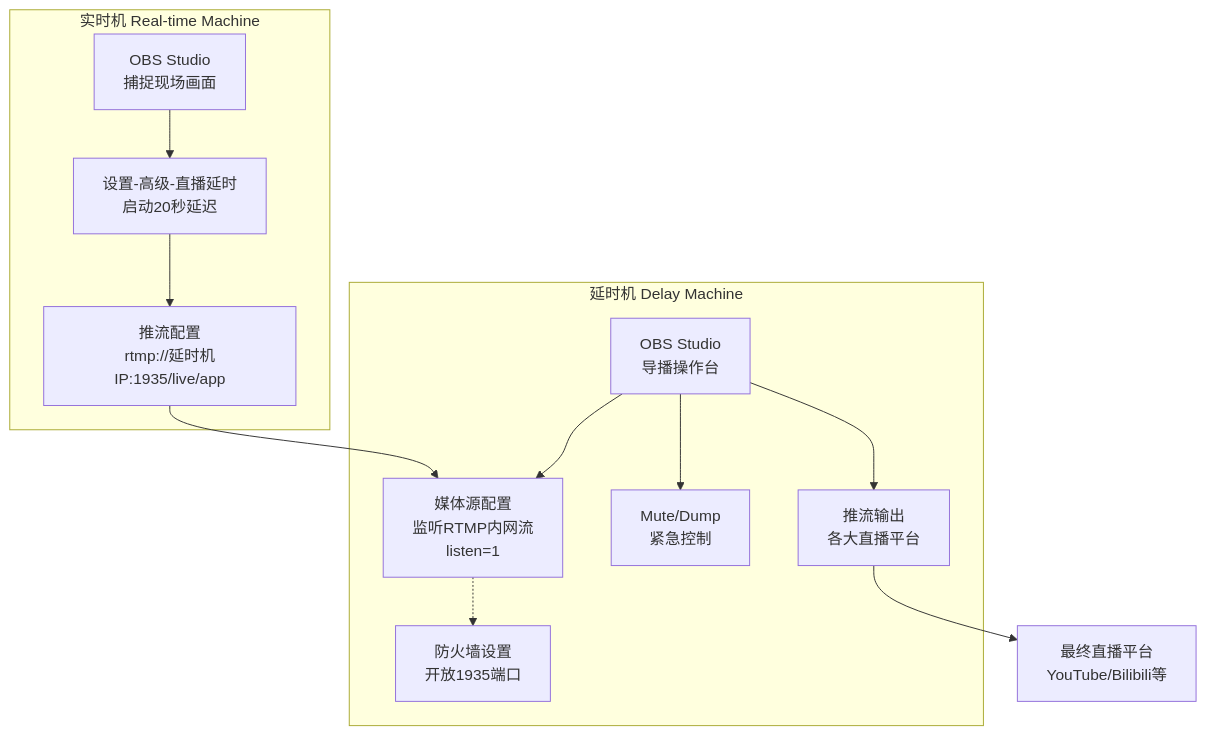
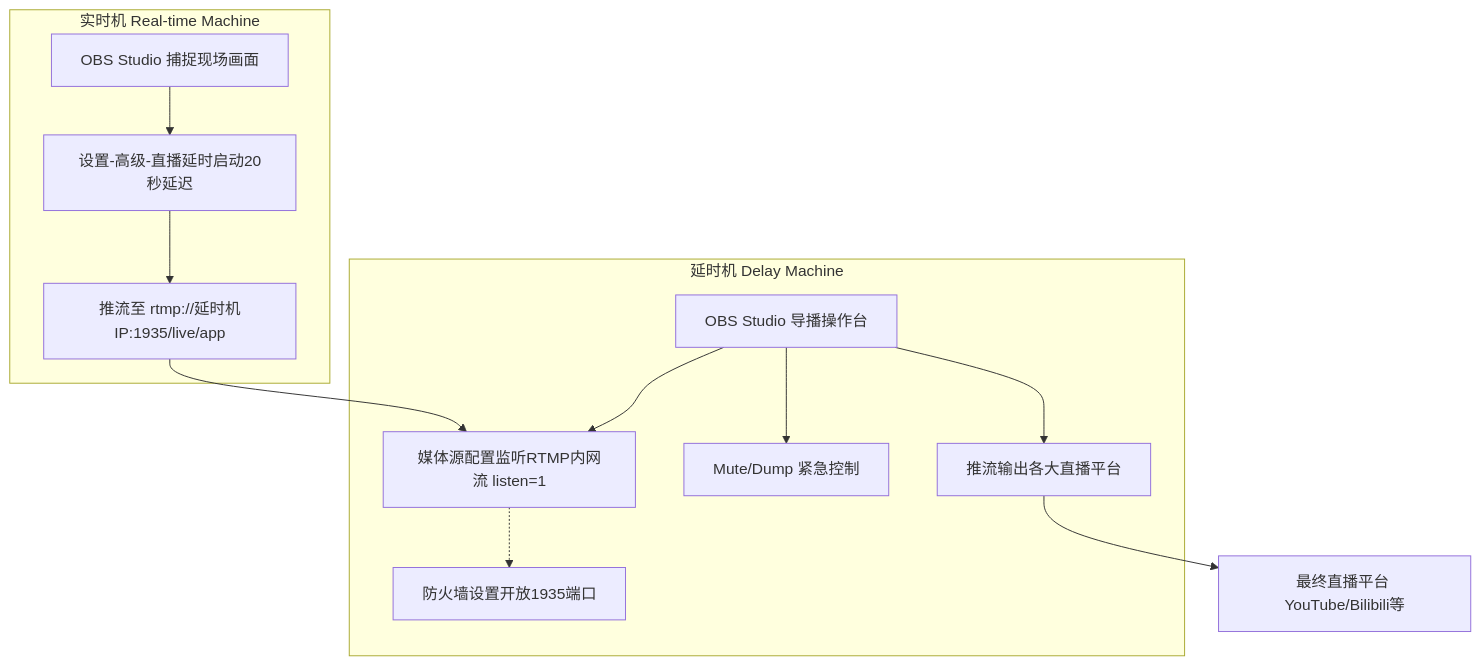
One commit to gaezon/AstroPaper-blog changed the diagram in src/data/blog/OBS-safe-broadcast-pitfalls.md. Above: the diagram before and after it, drawn with Mermaid. The commit also changed 16 other files, not shown here.

First line of the commit message:
Feature/mermaid build time rendering (#46)

````diff
--- a/src/data/blog/OBS-safe-broadcast-pitfalls.md
+++ b/src/data/blog/OBS-safe-broadcast-pitfalls.md
@@ -197,28 +197,28 @@
 ```mermaid
 graph TD
     subgraph A ["实时机 Real-time Machine"]
-        A1["OBS Studio<br/>捕捉现场画面"]
-        A2["设置-高级-直播延时<br/>启动20秒延迟"]
-        A3["推流配置<br/>rtmp://延时机IP:1935/live/app"]
+        A1["OBS Studio 捕捉现场画面"]
+        A2["设置-高级-直播延时启动20秒延迟"]
+        A3["推流至 rtmp://延时机IP:1935/live/app"]
         A1 --> A2
         A2 --> A3
     end
 
     subgraph B ["延时机 Delay Machine"]
-        B1["OBS Studio<br/>导播操作台"]
-        B2["媒体源配置<br/>监听RTMP内网流<br/>listen=1"]
-        B3["Mute/Dump<br/>紧急控制"]
-        B4["推流输出<br/>各大直播平台"]
-        B5["防火墙设置<br/>开放1935端口"]
+        B1["OBS Studio 导播操作台"]
+        B2["媒体源配置监听RTMP内网流 listen=1"]
+        B3["Mute/Dump 紧急控制"]
+        B4["推流输出各大直播平台"]
+        B5["防火墙设置开放1935端口"]
 
         B1 --> B2
         B1 --> B3
         B1 --> B4
         B2 -.-> B5
     end
 
-    C["最终直播平台<br/>YouTube/Bilibili等"]
+    C["最终直播平台 YouTube/Bilibili等"]
 
     A3 --> B2
     B4 --> C
 ```
````
